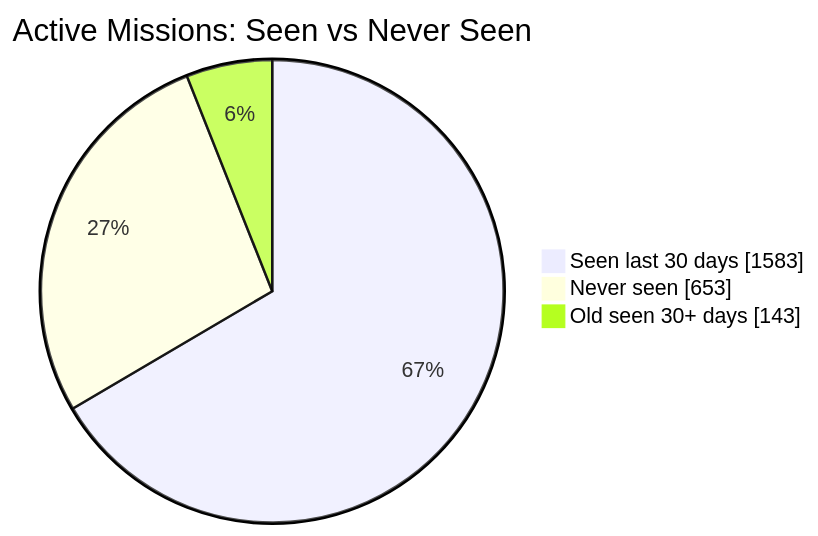
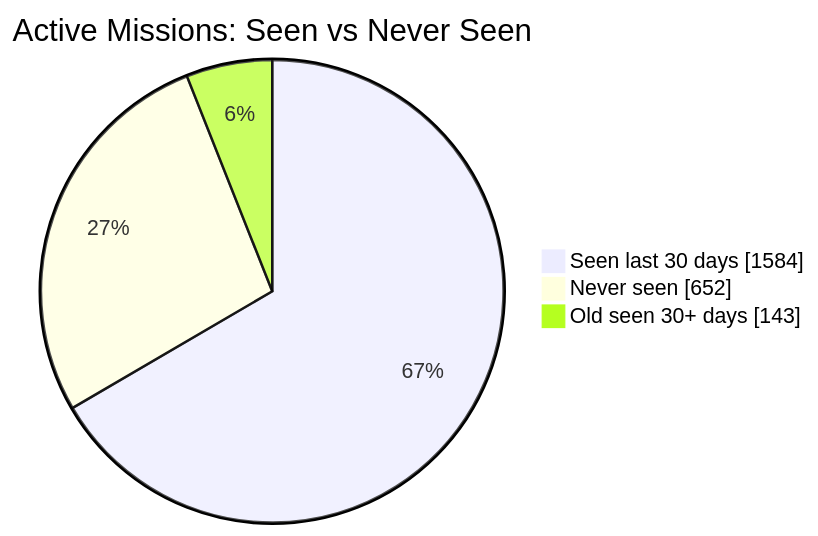
The first of 2 diagrams in README.md (MeldkamerspelGameTeam/active-missions), drawn with Mermaid before and after one commit. The commit also changed other lines of this file and 2 other files, not shown here.

````diff
--- a/README.md
+++ b/README.md
@@ -34,7 +34,7 @@
 ```mermaid
 pie showData
     title Active Missions: Seen vs Never Seen
-    "Seen last 30 days" : 1583
-    "Never seen" : 653
+    "Seen last 30 days" : 1584
+    "Never seen" : 652
     "Old seen 30+ days" : 143
 ```
````
